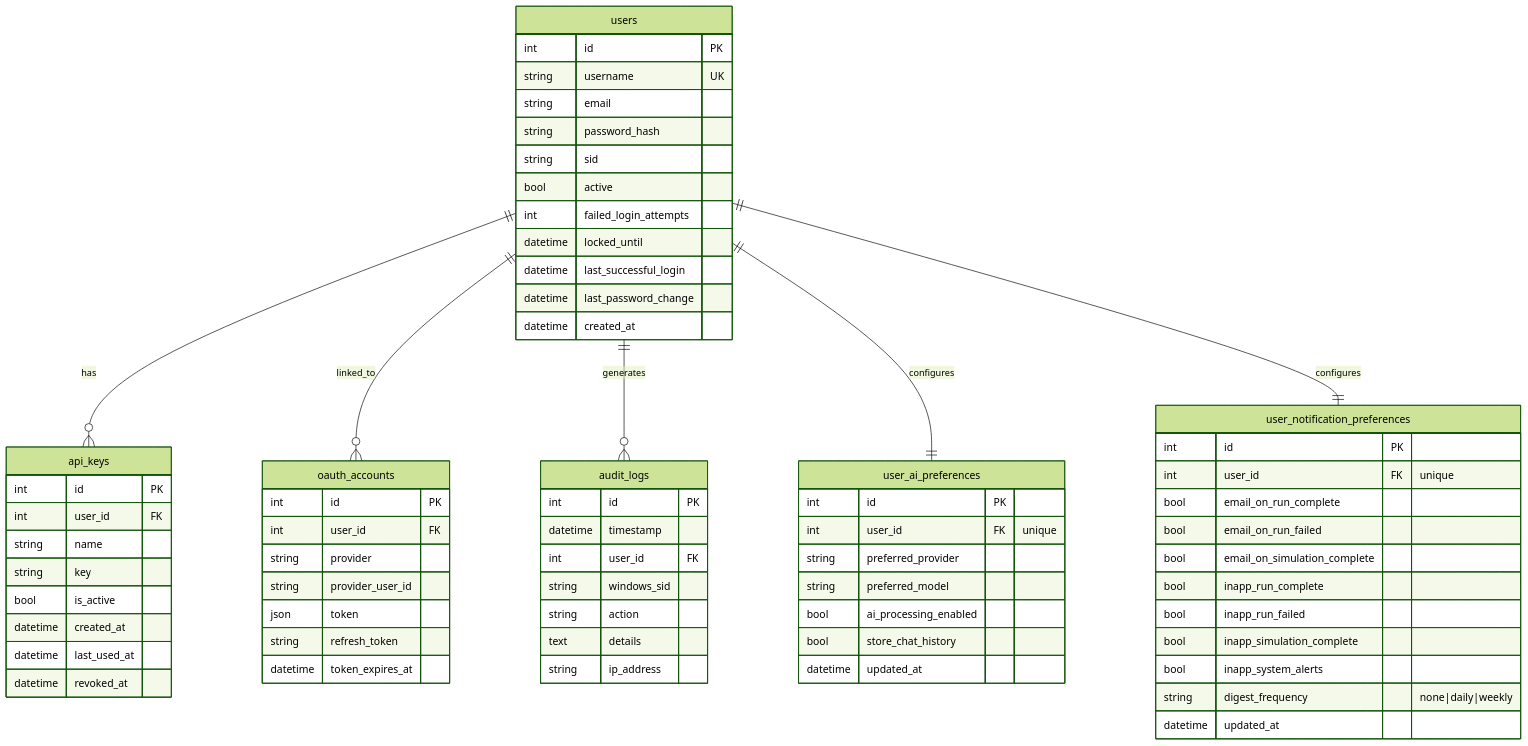
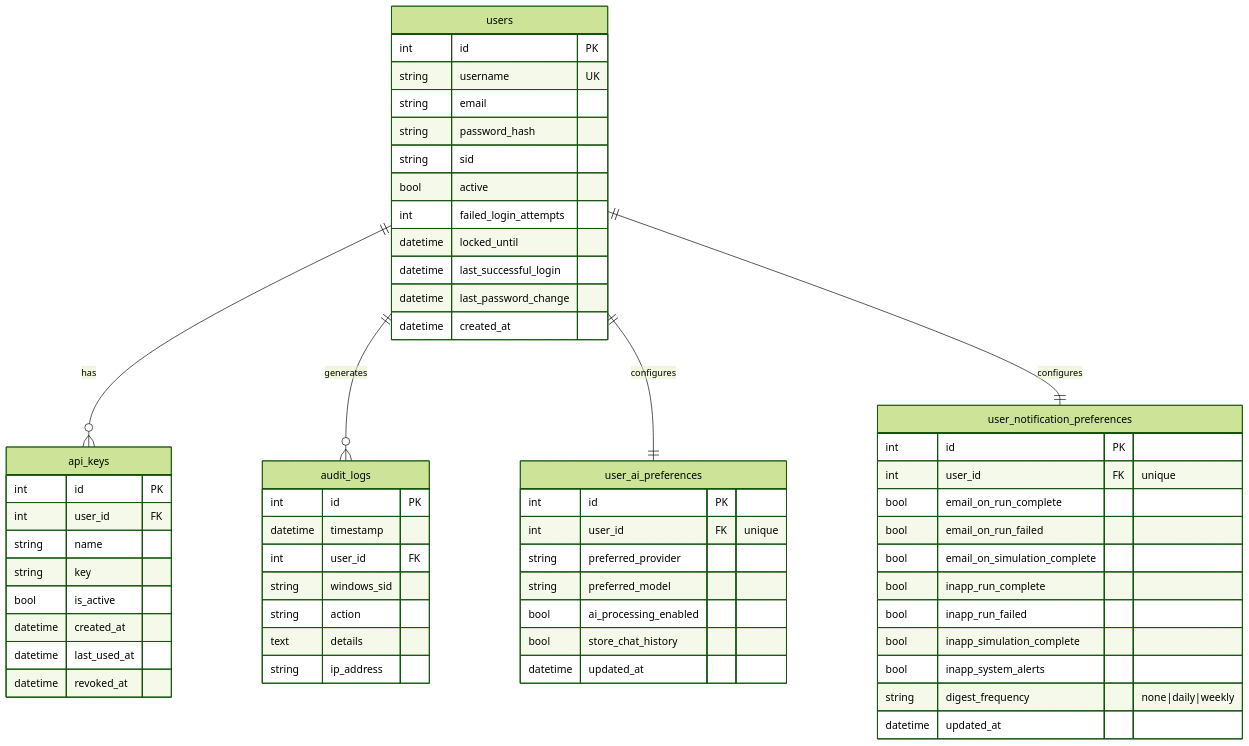
Before and after one commit to kherrera6219/DataLogicEngine: the second of 5 diagrams in docs/DATABASE_SCHEMA.md, drawn with Mermaid (forest theme). The commit also changed 24 other files, not shown here.

````diff
--- a/docs/DATABASE_SCHEMA.md
+++ b/docs/DATABASE_SCHEMA.md
@@ -135,77 +135,66 @@
 ```mermaid
 erDiagram
     users {
         int id PK
         string username UK
         string email
         string password_hash
         string sid
         bool active
         int failed_login_attempts
         datetime locked_until
         datetime last_successful_login
         datetime last_password_change
         datetime created_at
     }
 
     api_keys {
         int id PK
         int user_id FK
         string name
         string key
         bool is_active
         datetime created_at
         datetime last_used_at
         datetime revoked_at
-    }
-
-    oauth_accounts {
-        int id PK
-        int user_id FK
-        string provider
-        string provider_user_id
-        json token
-        string refresh_token
-        datetime token_expires_at
     }
 
     audit_logs {
         int id PK
         datetime timestamp
         int user_id FK
         string windows_sid
         string action
         text details
         string ip_address
     }
 
     user_ai_preferences {
         int id PK
         int user_id FK "unique"
         string preferred_provider
         string preferred_model
         bool ai_processing_enabled
         bool store_chat_history
         datetime updated_at
     }
 
     user_notification_preferences {
         int id PK
         int user_id FK "unique"
         bool email_on_run_complete
         bool email_on_run_failed
         bool email_on_simulation_complete
         bool inapp_run_complete
         bool inapp_run_failed
         bool inapp_simulation_complete
         bool inapp_system_alerts
         string digest_frequency "none|daily|weekly"
         datetime updated_at
     }
 
     users ||--o{ api_keys : has
-    users ||--o{ oauth_accounts : linked_to
     users ||--o{ audit_logs : generates
     users ||--|| user_ai_preferences : configures
     users ||--|| user_notification_preferences : configures
 ```
````
